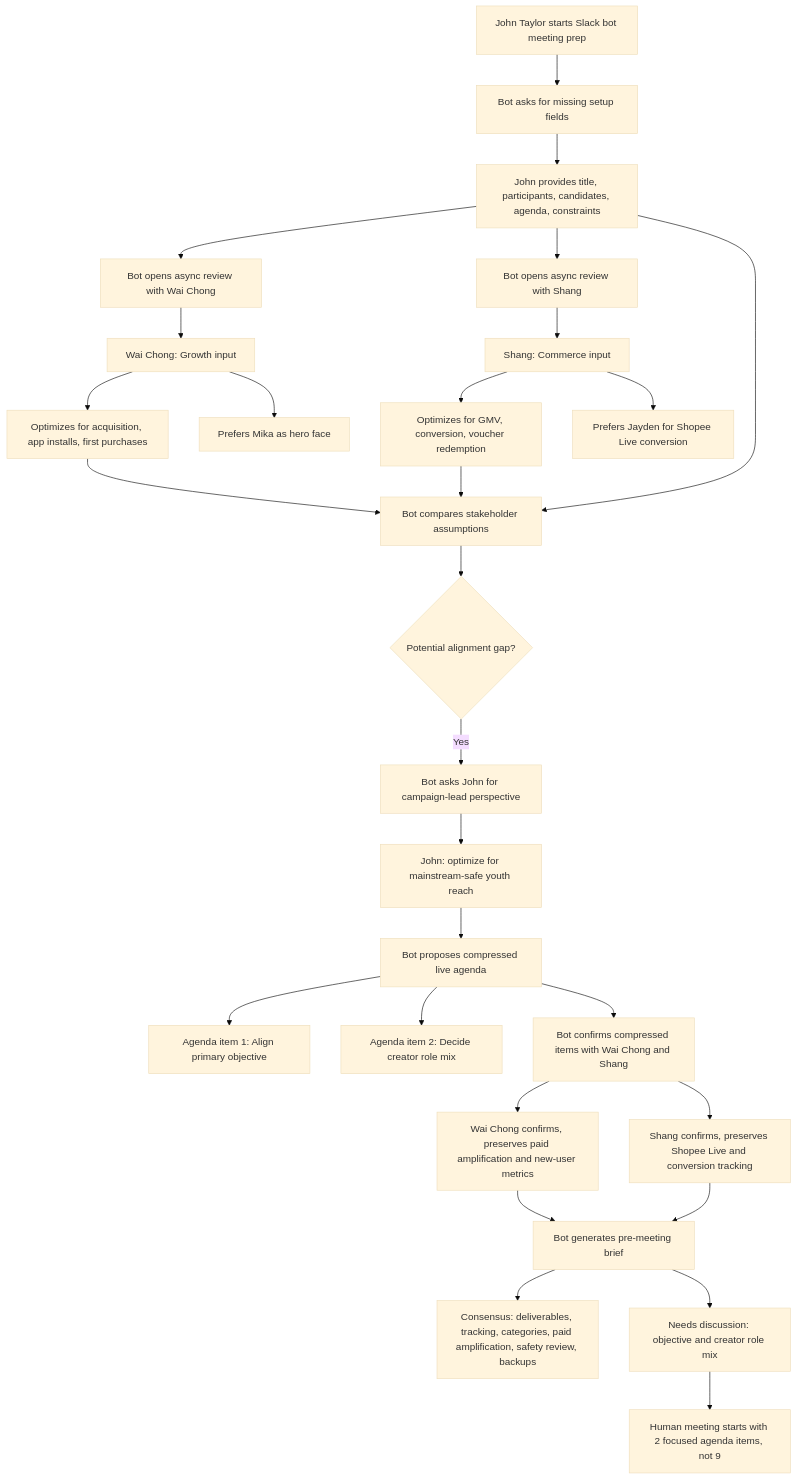
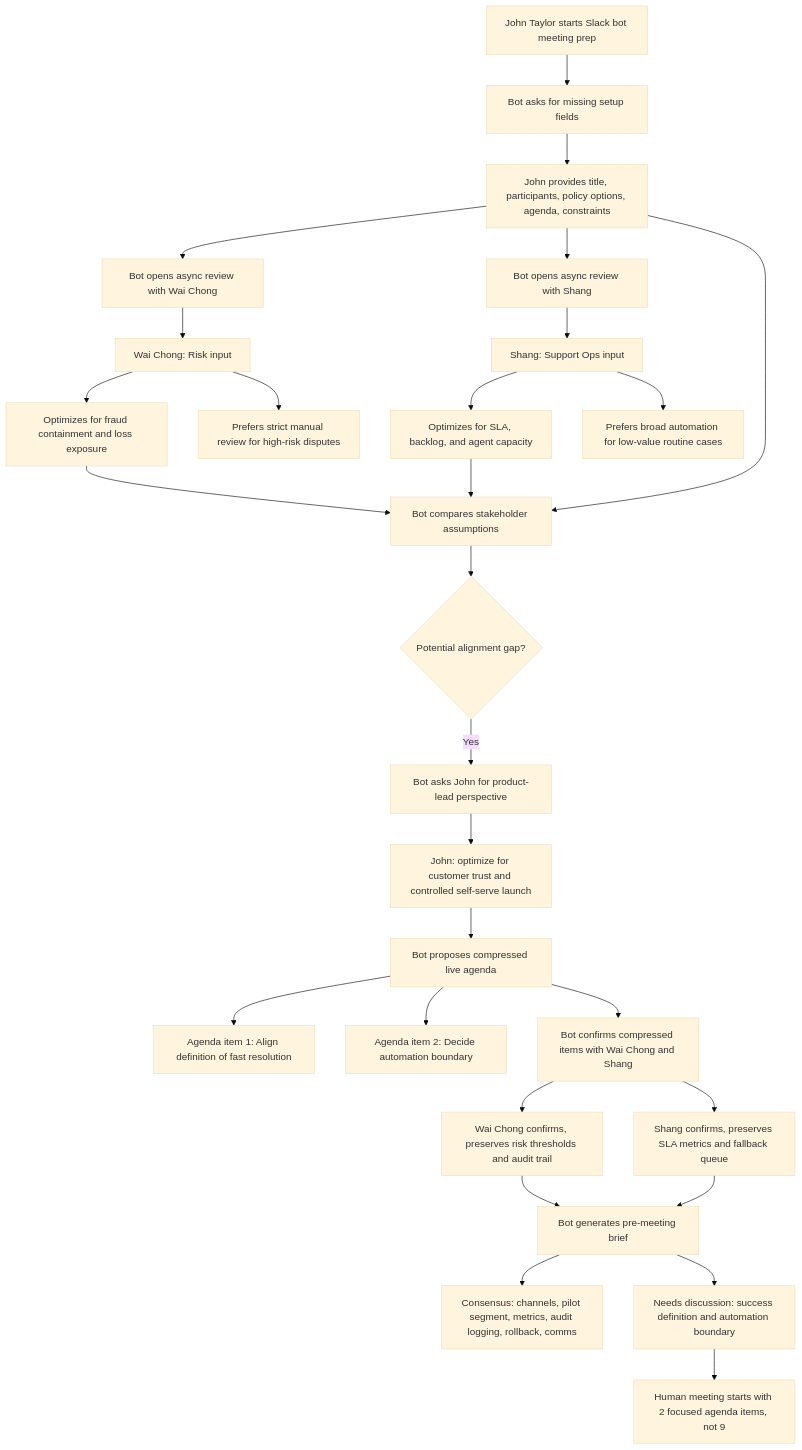
Before and after one commit to leewaichong/opensea: the diagram in docs/demo-scenario-shopee.md, drawn with Mermaid (base theme). The commit also changed other lines of this file, not shown here.

Commit message:
docs: replace demo scenario with PayLater automation

````diff
--- a/docs/demo-scenario-shopee.md
+++ b/docs/demo-scenario-shopee.md
@@ -25,38 +25,38 @@
 ```mermaid
 flowchart TD
     A[John Taylor starts Slack bot meeting prep] --> B[Bot asks for missing setup fields]
-    B --> C[John provides title, participants, candidates, agenda, constraints]
+    B --> C[John provides title, participants, policy options, agenda, constraints]
     C --> D[Bot opens async review with Wai Chong]
     C --> E[Bot opens async review with Shang]
 
-    D --> F[Wai Chong: Growth input]
-    F --> F1[Optimizes for acquisition, app installs, first purchases]
-    F --> F2[Prefers Mika as hero face]
+    D --> F[Wai Chong: Risk input]
+    F --> F1[Optimizes for fraud containment and loss exposure]
+    F --> F2[Prefers strict manual review for high-risk disputes]
 
-    E --> G[Shang: Commerce input]
-    G --> G1[Optimizes for GMV, conversion, voucher redemption]
-    G --> G2[Prefers Jayden for Shopee Live conversion]
+    E --> G[Shang: Support Ops input]
+    G --> G1[Optimizes for SLA, backlog, and agent capacity]
+    G --> G2[Prefers broad automation for low-value routine cases]
 
     F1 --> H[Bot compares stakeholder assumptions]
     G1 --> H
     C --> H
 
     H --> I{Potential alignment gap?}
-    I -->|Yes| J[Bot asks John for campaign-lead perspective]
-    J --> K[John: optimize for mainstream-safe youth reach]
+    I -->|Yes| J[Bot asks John for product-lead perspective]
+    J --> K[John: optimize for customer trust and controlled self-serve launch]
 
     K --> L[Bot proposes compressed live agenda]
-    L --> M[Agenda item 1: Align primary objective]
-    L --> N[Agenda item 2: Decide creator role mix]
+    L --> M[Agenda item 1: Align definition of fast resolution]
+    L --> N[Agenda item 2: Decide automation boundary]
 
     L --> O[Bot confirms compressed items with Wai Chong and Shang]
-    O --> P[Wai Chong confirms, preserves paid amplification and new-user metrics]
-    O --> Q[Shang confirms, preserves Shopee Live and conversion tracking]
+    O --> P[Wai Chong confirms, preserves risk thresholds and audit trail]
+    O --> Q[Shang confirms, preserves SLA metrics and fallback queue]
 
     P --> R[Bot generates pre-meeting brief]
     Q --> R
-    R --> S[Consensus: deliverables, tracking, categories, paid amplification, safety review, backups]
-    R --> T[Needs discussion: objective and creator role mix]
+    R --> S[Consensus: channels, pilot segment, metrics, audit logging, rollback, comms]
+    R --> T[Needs discussion: success definition and automation boundary]
 
     T --> U[Human meeting starts with 2 focused agenda items, not 9]
 ```
````
